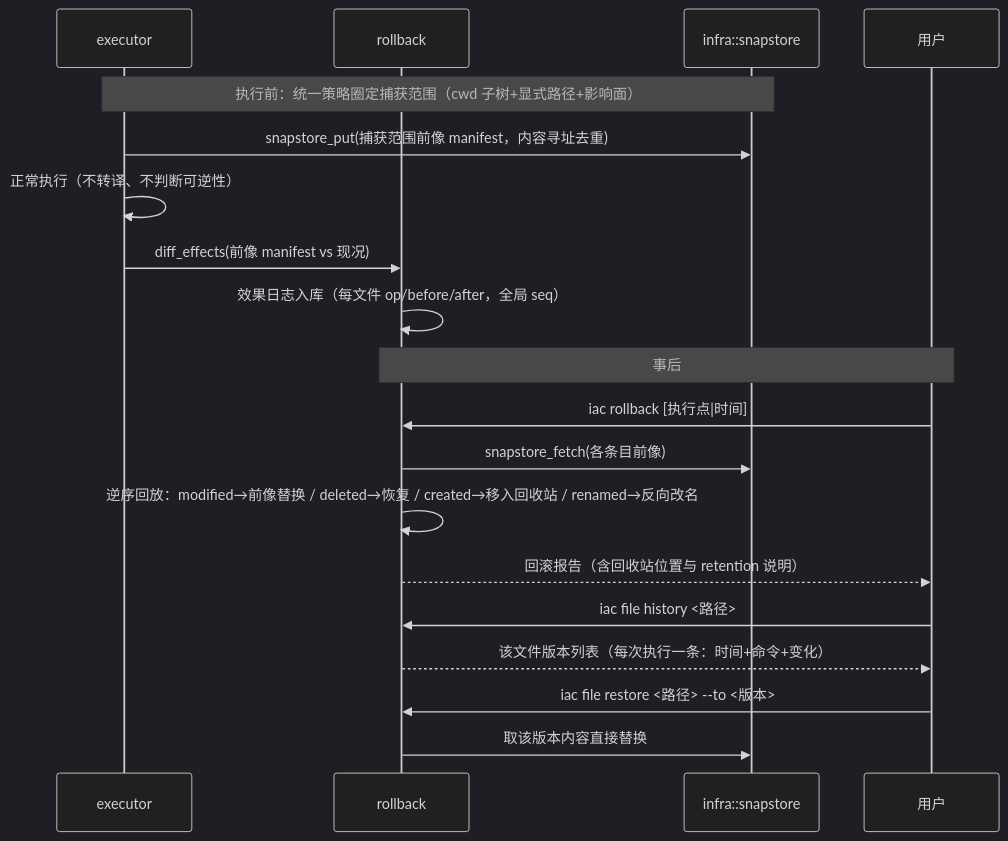
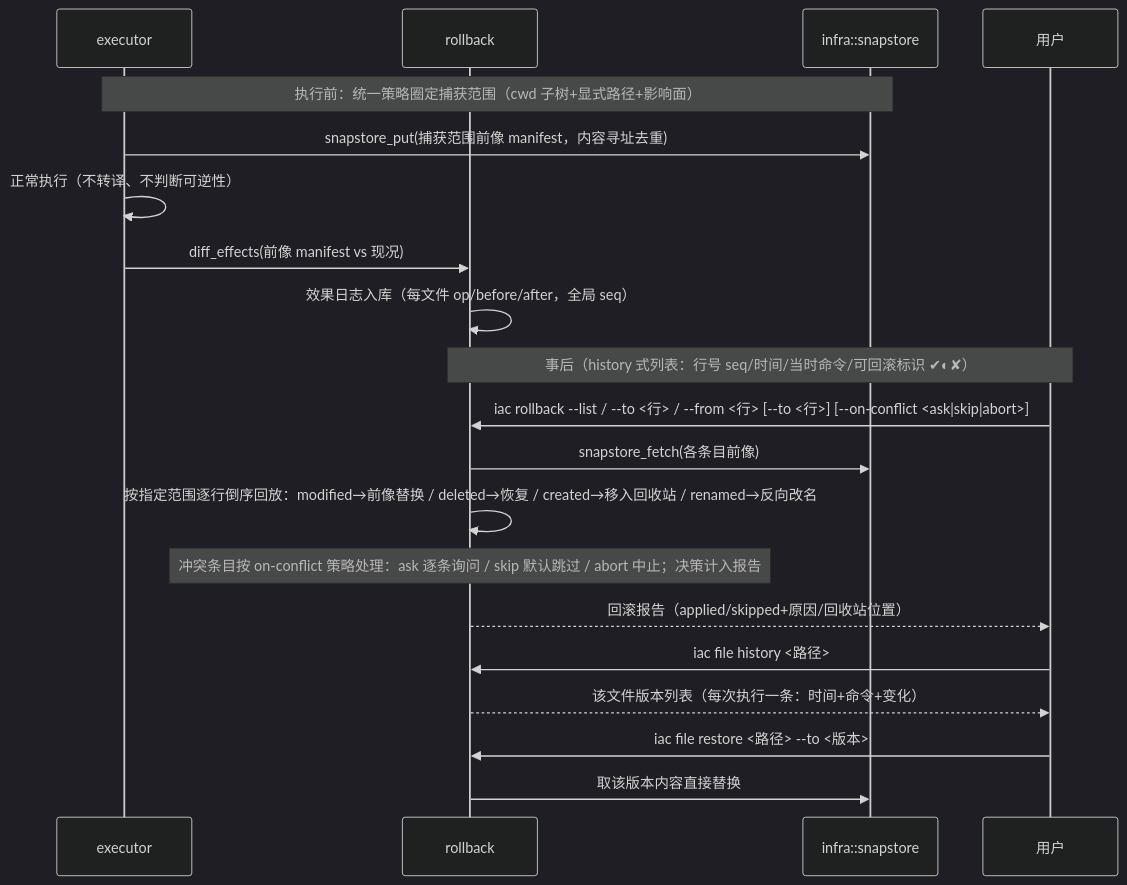
One commit to zhaoxuan-inside/iA-Console changed the fifth of 5 diagrams in _04_framework_design/02_data_flow.md. Above: the diagram before and after it, drawn with Mermaid (dark theme).

Commit message:
docs(_04): 流 5 更新——history 式列表与范围/冲突参数

````diff
--- a/_04_framework_design/02_data_flow.md
+++ b/_04_framework_design/02_data_flow.md
@@ -114,22 +114,23 @@
 ```mermaid
 sequenceDiagram
     participant E as executor
     participant RB as rollback
     participant SS as infra::snapstore
     participant U as 用户
 
     Note over E,SS: 执行前：统一策略圈定捕获范围（cwd 子树+显式路径+影响面）
     E->>SS: snapstore_put(捕获范围前像 manifest，内容寻址去重)
     E->>E: 正常执行（不转译、不判断可逆性）
     E->>RB: diff_effects(前像 manifest vs 现况)
     RB->>RB: 效果日志入库（每文件 op/before/after，全局 seq）
-    Note over U,RB: 事后
-    U->>RB: iac rollback [执行点|时间]
+    Note over U,RB: 事后（history 式列表：行号 seq/时间/当时命令/可回滚标识 ✔◐✘）
+    U->>RB: iac rollback --list / --to <行> / --from <行> [--to <行>] [--on-conflict <ask|skip|abort>]
     RB->>SS: snapstore_fetch(各条目前像)
-    RB->>RB: 逆序回放：modified→前像替换 / deleted→恢复 / created→移入回收站 / renamed→反向改名
-    RB-->>U: 回滚报告（含回收站位置与 retention 说明）
+    RB->>RB: 按指定范围逐行倒序回放：modified→前像替换 / deleted→恢复 / created→移入回收站 / renamed→反向改名
+    Note over RB: 冲突条目按 on-conflict 策略处理：ask 逐条询问 / skip 默认跳过 / abort 中止；决策计入报告
+    RB-->>U: 回滚报告（applied/skipped+原因/回收站位置）
     U->>RB: iac file history <路径>
     RB-->>U: 该文件版本列表（每次执行一条：时间+命令+变化）
     U->>RB: iac file restore <路径> --to <版本>
     RB->>SS: 取该版本内容直接替换
 ```
````
